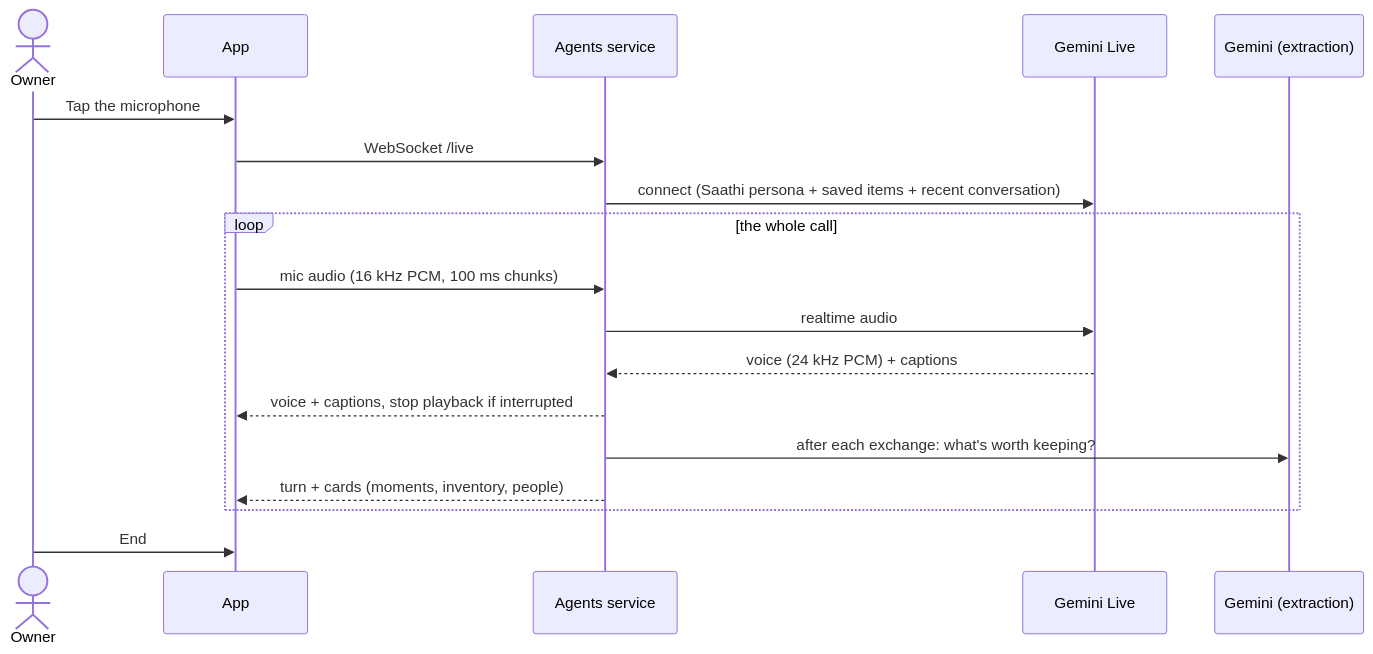
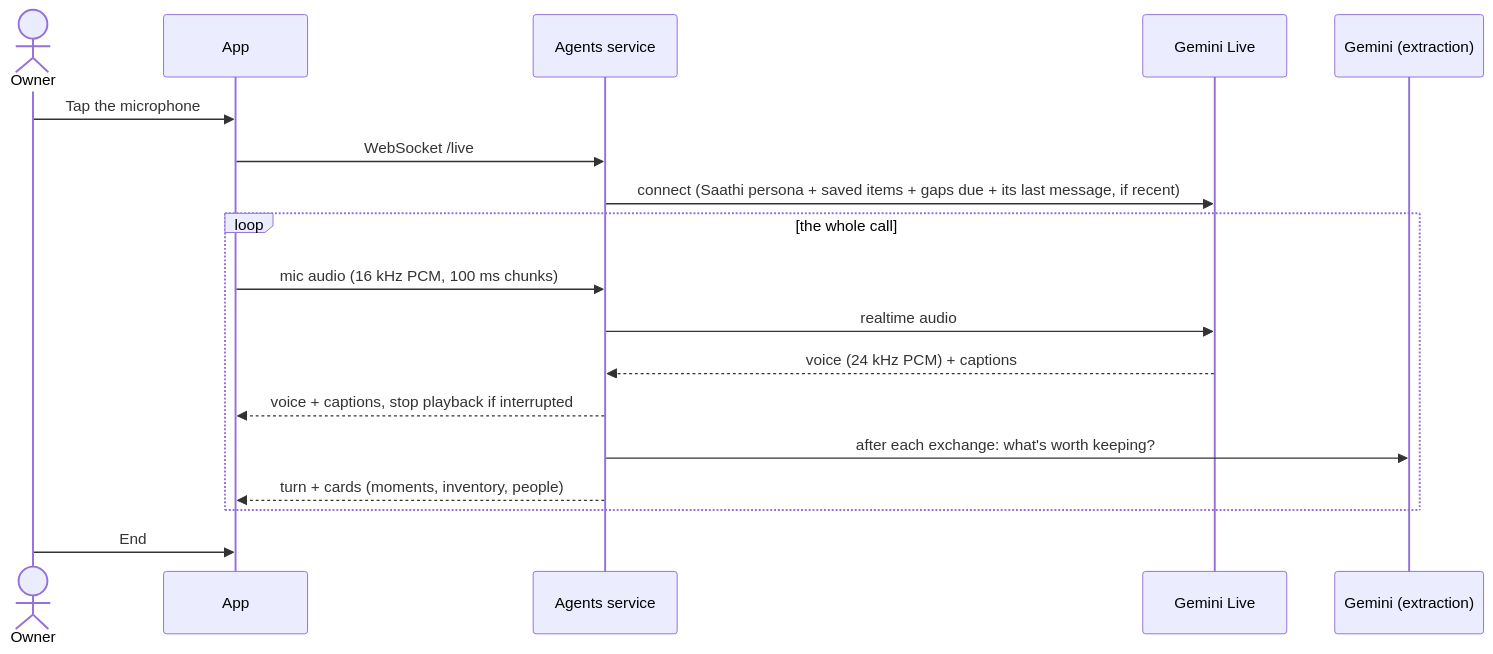
The third of 5 diagrams in docs/architecture.md (sachiachar/anvaya), drawn with Mermaid before and after one commit. The commit also changed other lines of this file and 10 other files, not shown here.

````diff
--- a/docs/architecture.md
+++ b/docs/architecture.md
@@ -235,20 +235,20 @@
 ```mermaid
 sequenceDiagram
     actor Owner
     participant App
     participant API as Agents service
     participant Live as Gemini Live
     participant G as Gemini (extraction)
     Owner->>App: Tap the microphone
     App->>API: WebSocket /live
-    API->>Live: connect (Saathi persona + saved items + recent conversation)
+    API->>Live: connect (Saathi persona + saved items + gaps due + its last message, if recent)
     loop the whole call
         App->>API: mic audio (16 kHz PCM, 100 ms chunks)
         API->>Live: realtime audio
         Live-->>API: voice (24 kHz PCM) + captions
         API-->>App: voice + captions, stop playback if interrupted
         API->>G: after each exchange: what's worth keeping?
         API-->>App: turn + cards (moments, inventory, people)
     end
     Owner->>App: End
 ```
````
